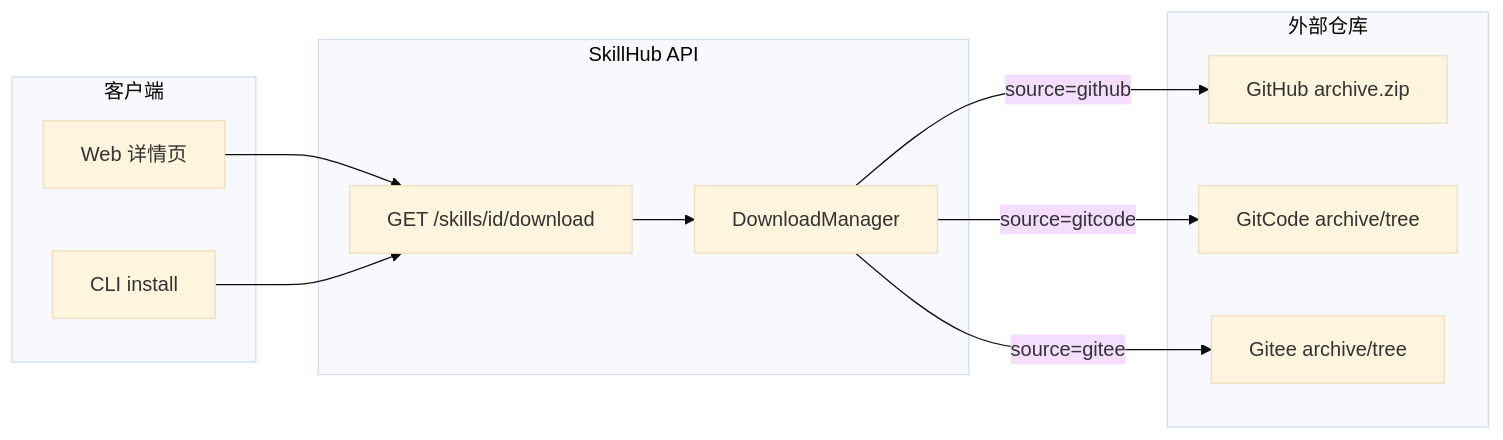
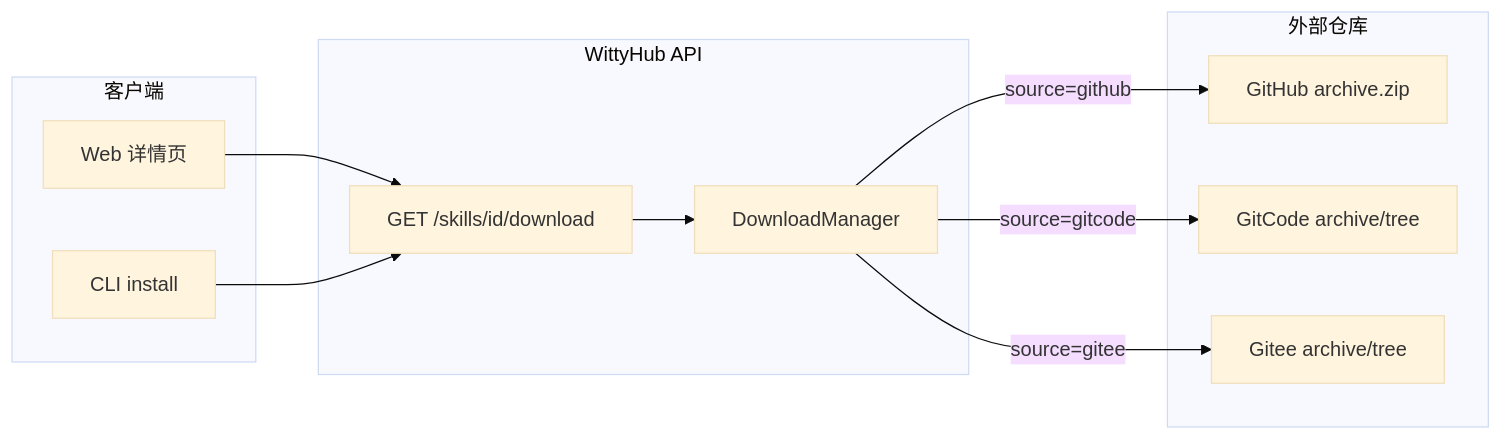
One commit to openeuler-mirror/wittyhub changed the fourth of 9 diagrams in doc/design/skillhub-implementation-plan.md. Above: the diagram before and after it, drawn with Mermaid (base theme). The commit also changed other lines of this file, not shown here.

First line of the commit message:
docs: 将项目名称从 SkillHub 更新为 WittyHub

````diff
--- a/doc/design/skillhub-implementation-plan.md
+++ b/doc/design/skillhub-implementation-plan.md
@@ -350,25 +350,25 @@
 ```mermaid
 graph LR
     subgraph 客户端
         WEB[Web 详情页]
         CLI[CLI install]
     end
 
-    subgraph SkillHub API
+    subgraph WittyHub API
         DL[GET /skills/id/download]
         DM[DownloadManager]
     end
 
     subgraph 外部仓库
         GH[GitHub archive.zip]
         GC[GitCode archive/tree]
         GT[Gitee archive/tree]
     end
 
     WEB --> DL
     CLI --> DL
     DL --> DM
     DM -->|source=github| GH
     DM -->|source=gitcode| GC
     DM -->|source=gitee| GT
 ```
````
